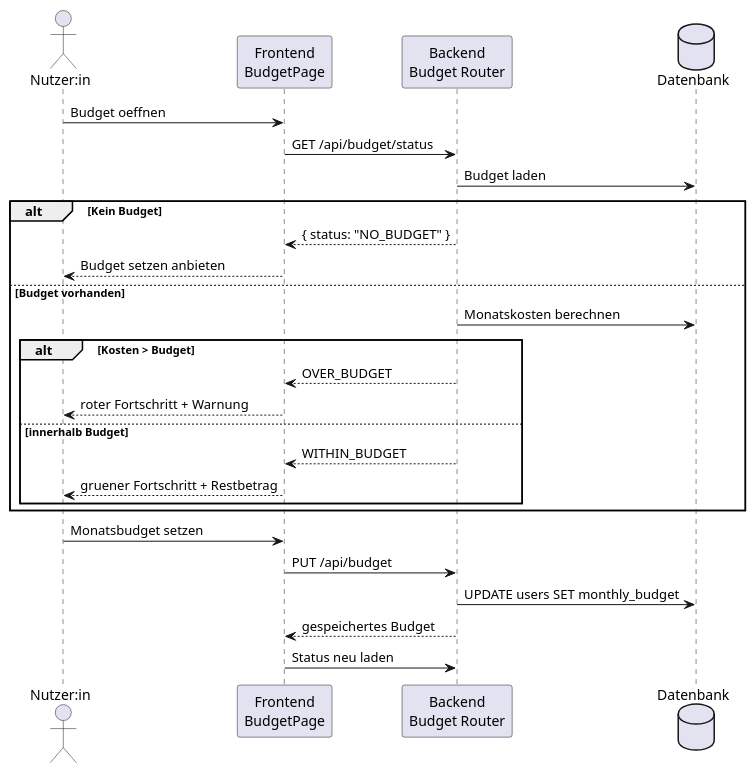
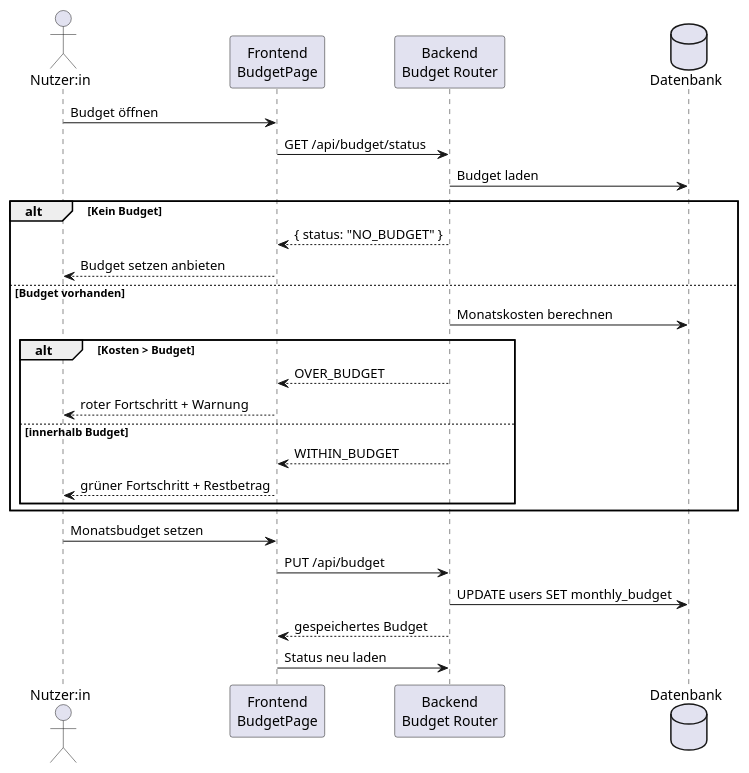
One commit to momel13/SubscriptionGuard-E2 changed the ninth of 9 diagrams in docs/technical/design.adoc. Above: the diagram before and after it, drawn with PlantUML. The commit also changed other lines of this file, not shown here.

Commit message:
Design an Architektur angepasst (PostgreSQL & Budget-Fix)

```diff
--- a/docs/technical/design.adoc
+++ b/docs/technical/design.adoc
@@ -661,32 +658,32 @@
 [plantuml,sequence-budget,svg]
 ----
 @startuml
 actor "Nutzer:in" as User
 participant "Frontend\nBudgetPage" as FE
 participant "Backend\nBudget Router" as BE
 database "Datenbank" as DB
 
-User -> FE : Budget oeffnen
+User -> FE : Budget öffnen
 FE -> BE : GET /api/budget/status
 BE -> DB : Budget laden
 alt Kein Budget
   BE --> FE : { status: "NO_BUDGET" }
   FE --> User : Budget setzen anbieten
 else Budget vorhanden
   BE -> DB : Monatskosten berechnen
   alt Kosten > Budget
     BE --> FE : OVER_BUDGET
     FE --> User : roter Fortschritt + Warnung
   else innerhalb Budget
     BE --> FE : WITHIN_BUDGET
-    FE --> User : gruener Fortschritt + Restbetrag
+    FE --> User : grüner Fortschritt + Restbetrag
   end
 end
 
 User -> FE : Monatsbudget setzen
 FE -> BE : PUT /api/budget
 BE -> DB : UPDATE users SET monthly_budget
 BE --> FE : gespeichertes Budget
 FE -> BE : Status neu laden
 @enduml
 ----
```
